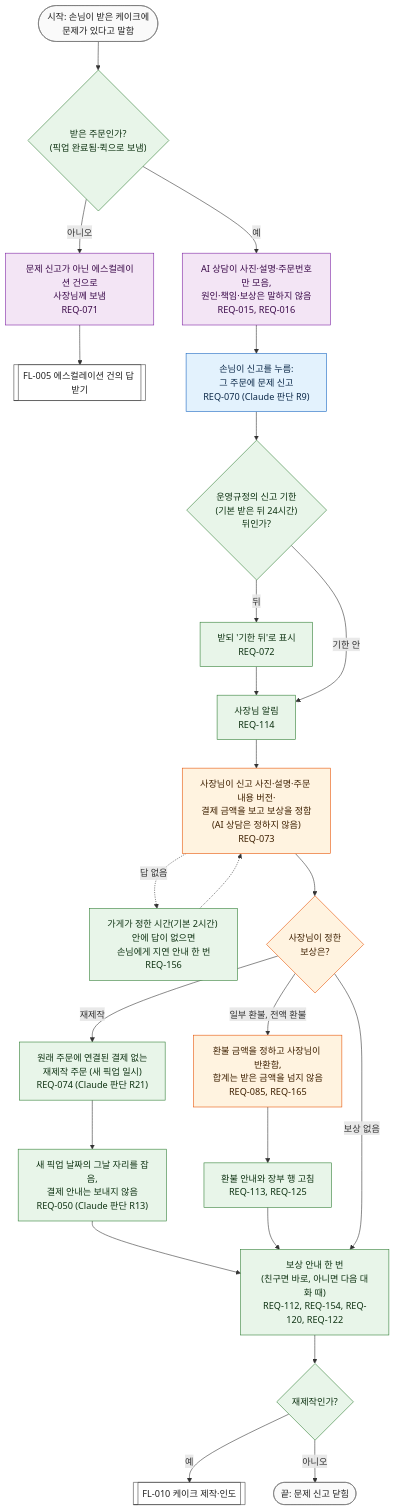
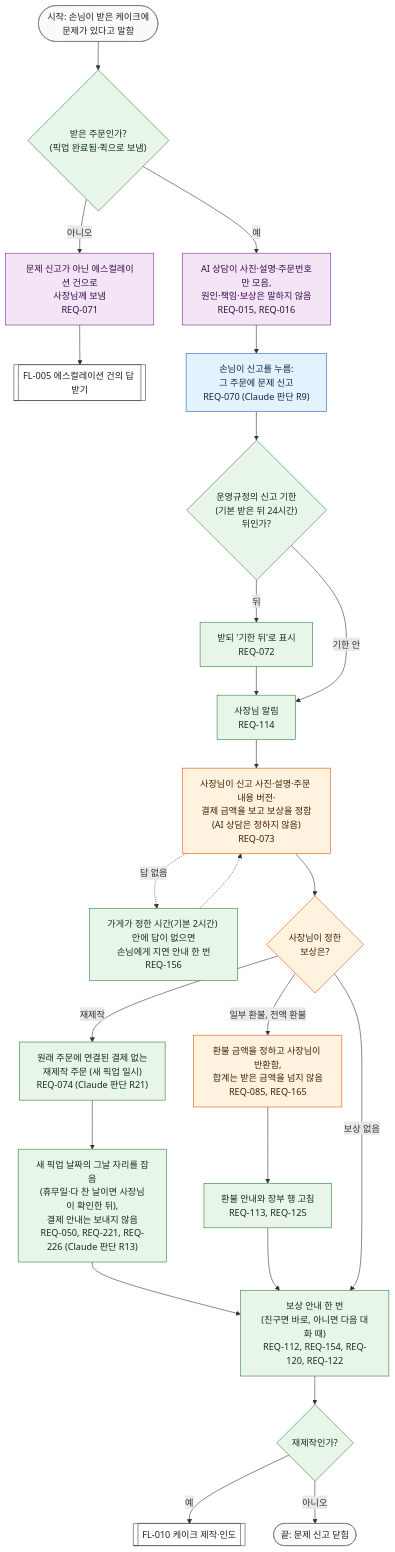
Before and after one commit to kodonghui/siljang.ai: the diagram in docs/03-user-flow/FL-011-report-issue.md, drawn with Mermaid. The commit also changed other lines of this file and 13 other files, not shown here.

````diff
--- a/docs/03-user-flow/FL-011-report-issue.md
+++ b/docs/03-user-flow/FL-011-report-issue.md
@@ -18,53 +18,53 @@
 ```mermaid
 flowchart TD
   S(["시작: 손님이 받은 케이크에<br/>문제가 있다고 말함"])
   D0{"받은 주문인가?<br/>(픽업 완료됨·퀵으로 보냄)"}
   I1["문제 신고가 아닌 에스컬레이션 건으로<br/>사장님께 보냄<br/>REQ-071"]
   F5[["FL-005 에스컬레이션 건의 답 받기"]]
   I2["AI 상담이 사진·설명·주문번호만 모음,<br/>원인·책임·보상은 말하지 않음<br/>REQ-015, REQ-016"]
   I3["손님이 신고를 누름:<br/>그 주문에 문제 신고<br/>REQ-070 (Claude 판단 R9)"]
   D1{"운영규정의 신고 기한<br/>(기본 받은 뒤 24시간)<br/>뒤인가?"}
   I4["받되 '기한 뒤'로 표시<br/>REQ-072"]
   I5["사장님 알림<br/>REQ-114"]
   I6["사장님이 신고 사진·설명·주문 내용 버전·<br/>결제 금액을 보고 보상을 정함<br/>(AI 상담은 정하지 않음)<br/>REQ-073"]
   G6["가게가 정한 시간(기본 2시간) 안에 답이 없으면<br/>손님에게 지연 안내 한 번<br/>REQ-156"]
   D2{"사장님이 정한<br/>보상은?"}
   I7["원래 주문에 연결된 결제 없는<br/>재제작 주문 (새 픽업 일시)<br/>REQ-074 (Claude 판단 R21)"]
-  I8["새 픽업 날짜의 그날 자리를 잡음,<br/>결제 안내는 보내지 않음<br/>REQ-050 (Claude 판단 R13)"]
+  I8["새 픽업 날짜의 그날 자리를 잡음<br/>(휴무일·다 찬 날이면 사장님이 확인한 뒤),<br/>결제 안내는 보내지 않음<br/>REQ-050, REQ-221, REQ-226 (Claude 판단 R13)"]
   I9["환불 금액을 정하고 사장님이 반환함,<br/>합계는 받은 금액을 넘지 않음<br/>REQ-085, REQ-165"]
   I10["환불 안내와 장부 행 고침<br/>REQ-113, REQ-125"]
   I11["보상 안내 한 번<br/>(친구면 바로, 아니면 다음 대화 때)<br/>REQ-112, REQ-154, REQ-120, REQ-122"]
   D3{"재제작인가?"}
   F10[["FL-010 케이크 제작·인도"]]
   E1(["끝: 문제 신고 닫힘"])
 
   S --> D0
   D0 -->|"아니오"| I1 --> F5
   D0 -->|"예"| I2 --> I3 --> D1
   D1 -->|"뒤"| I4 --> I5
   D1 -->|"기한 안"| I5
   I5 --> I6 --> D2
   I6 -.->|"답 없음"| G6
   G6 -.-> I6
   D2 -->|"재제작"| I7 --> I8 --> I11
   D2 -->|"일부 환불, 전액 환불"| I9 --> I10 --> I11
   D2 -->|"보상 없음"| I11
   I11 --> D3
   D3 -->|"예"| F10
   D3 -->|"아니오"| E1
 
   classDef cust fill:#e3f2fd,stroke:#1565c0,color:#0d2a4a
   classDef ai fill:#f3e5f5,stroke:#7b1fa2,color:#3b0a4a
   classDef owner fill:#fff3e0,stroke:#e65100,color:#3e2000
   classDef svc fill:#e8f5e9,stroke:#2e7d32,color:#0f3313
   classDef gap fill:#fffde7,stroke:#f9a825,stroke-dasharray:5 5,color:#4a3b00
   classDef flow fill:#ffffff,stroke:#424242,color:#212121
   classDef term fill:#fafafa,stroke:#757575,color:#212121
   class I3 cust
   class I1,I2 ai
   class I6,D2,I9 owner
   class D0,D1,I4,I5,I7,I8,I10,I11,D3 svc
   class G6 svc
   class F5,F10 flow
   class S,E1 term
 ```
````
